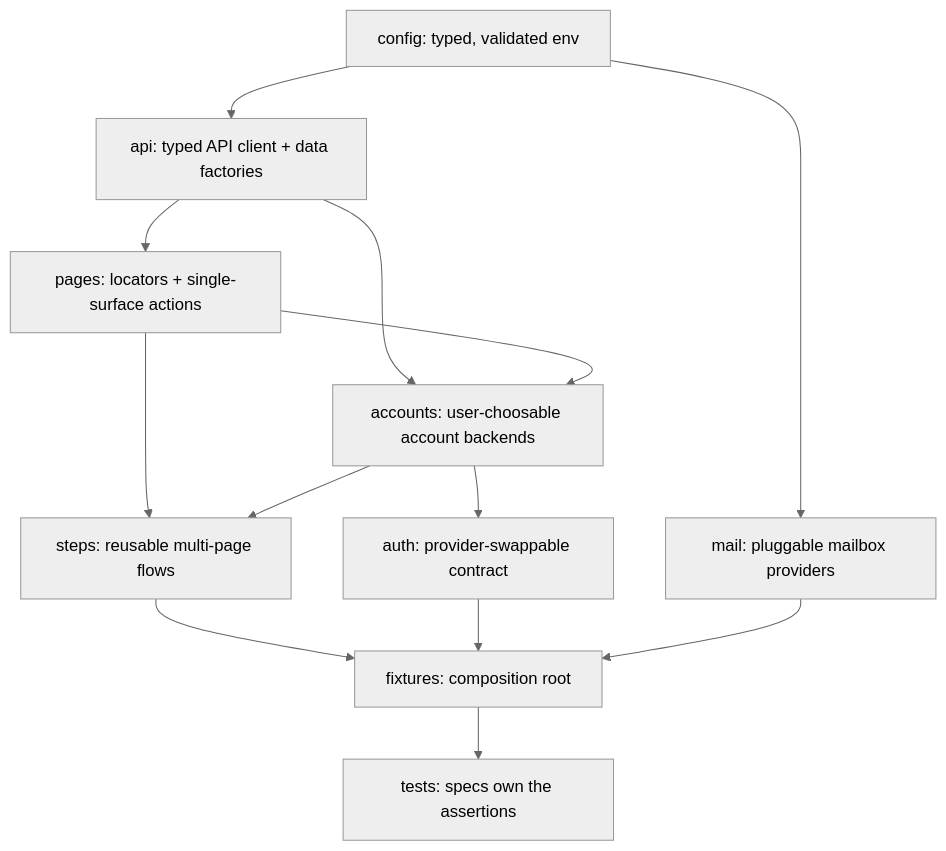
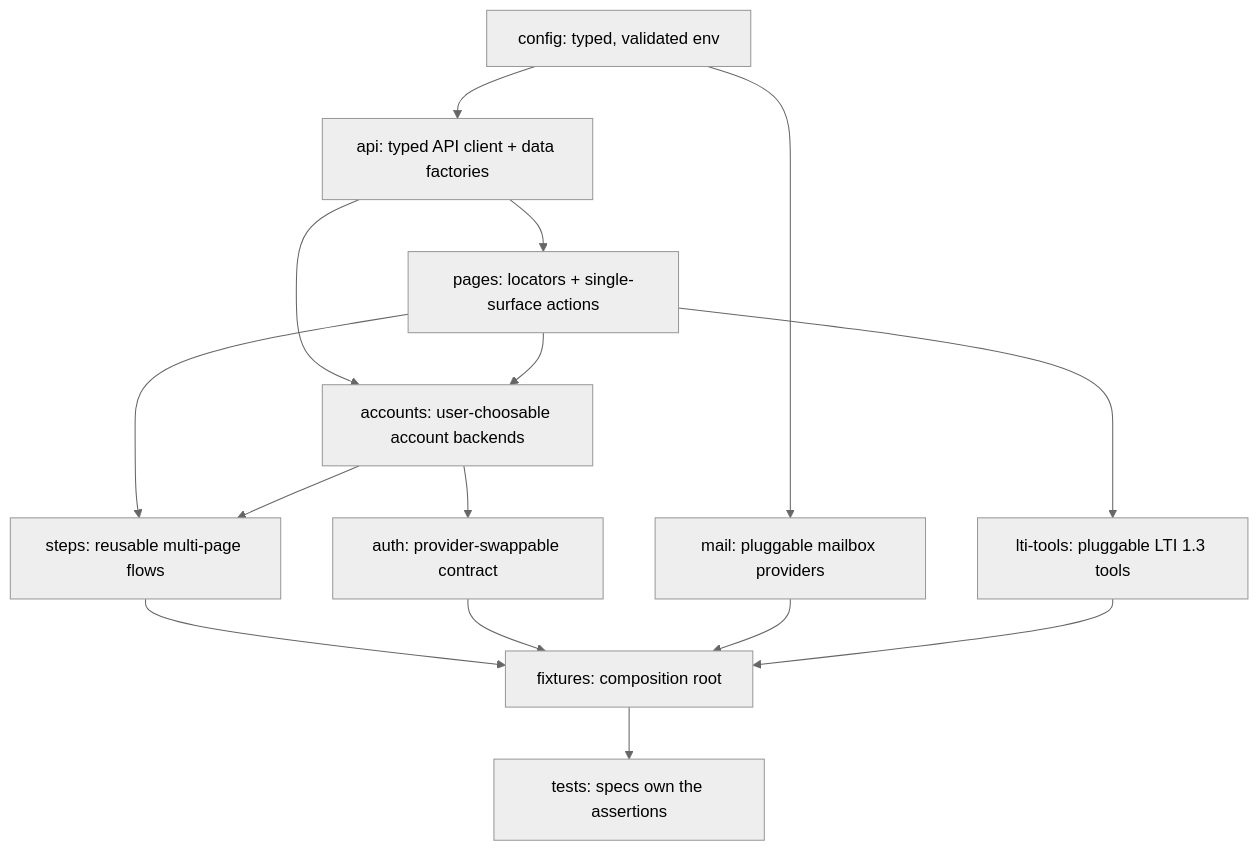
Before and after one commit to openedx/end-to-end-tests: the diagram in ARCHITECTURE.md, drawn with Mermaid (neutral theme). The commit also changed other lines of this file and 33 other files, not shown here.

````diff
--- a/ARCHITECTURE.md
+++ b/ARCHITECTURE.md
@@ -13,25 +13,28 @@
 ```mermaid
 graph TD
     config[config: typed, validated env]
     api[api: typed API client + data factories]
     pages[pages: locators + single-surface actions]
     steps[steps: reusable multi-page flows]
     fixtures[fixtures: composition root]
     tests[tests: specs own the assertions]
     accounts[accounts: user-choosable account backends]
     mail[mail: pluggable mailbox providers]
+    ltitools[lti-tools: pluggable LTI 1.3 tools]
     auth[auth: provider-swappable contract]
 
     config --> api
     api --> pages
     pages --> steps
     steps --> fixtures
     fixtures --> tests
     api --> accounts
     pages --> accounts
     accounts --> auth
     accounts --> steps
     auth --> fixtures
     config --> mail
     mail --> fixtures
+    pages --> ltitools
+    ltitools --> fixtures
 ```
````
